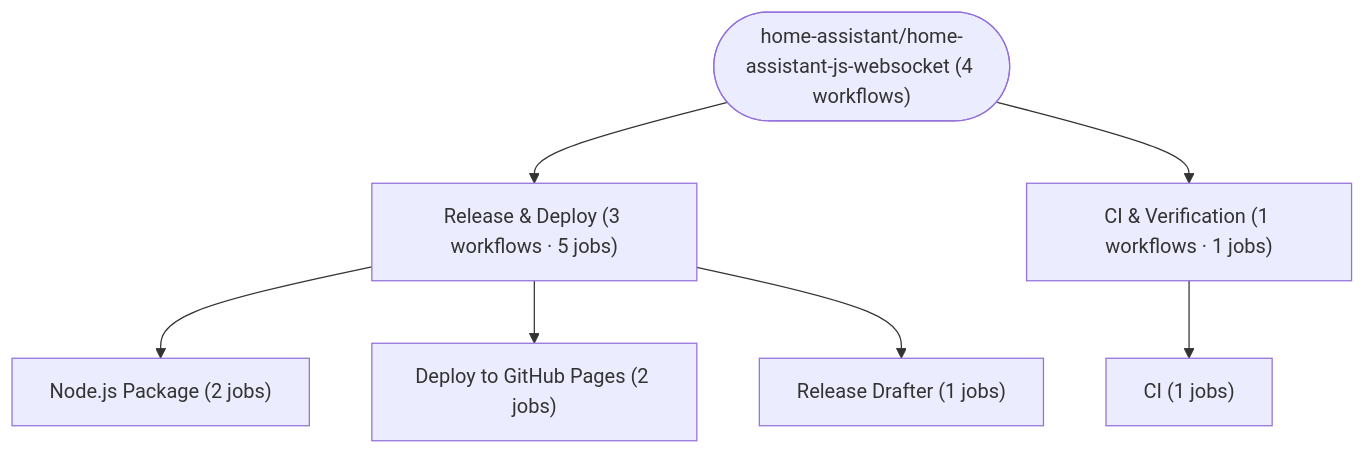
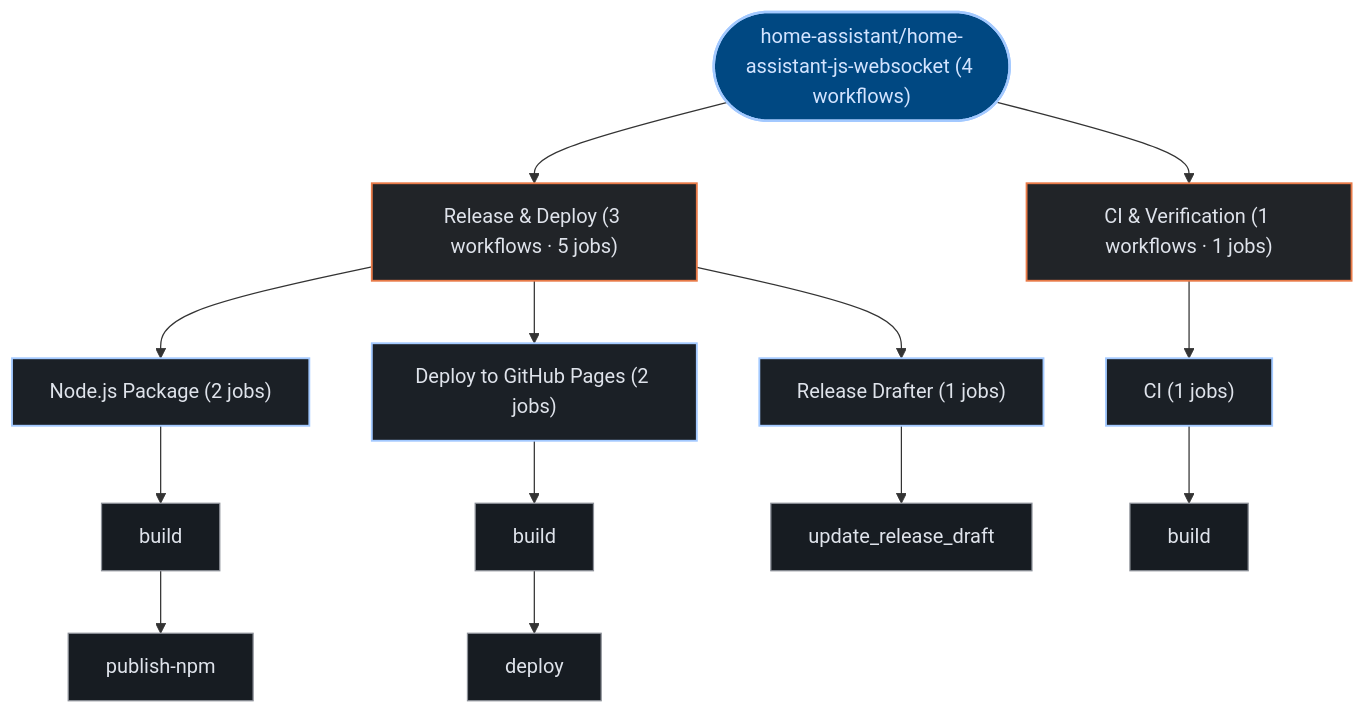
Before and after one commit to kumarshaz/atruss-code-atlas: the third of 3 diagrams in exports/latest/reports/home-assistant-home-assistant-js-websocket-report.md, drawn with Mermaid. The commit also changed other lines of this file and 331 other files, not shown here.

Commit message:
docs,ui,fix: update SDLC docs, reorder CI/CD DAG first, stylize Mermaid, and fix Arc42 pipeline topology

````diff
--- a/exports/latest/reports/home-assistant-home-assistant-js-websocket-report.md
+++ b/exports/latest/reports/home-assistant-home-assistant-js-websocket-report.md
@@ -126,16 +137,35 @@
 ```mermaid
 graph TD;
-  pipeline_root(["home-assistant/home-assistant-js-websocket (4 workflows)"])
-  grp_0_Release___Deploy["Release & Deploy (3 workflows · 5 jobs)"]
+  classDef atlasRoot fill:#004882,stroke:#a3c9ff,stroke-width:2px,color:#d3e4ff
+  classDef atlasCategory fill:#212428,stroke:#E87A48,stroke-width:1.5px,color:#dfe3eb
+  classDef atlasWorkflow fill:#1b2026,stroke:#a3c9ff,stroke-width:1.5px,color:#dfe3eb
+  classDef atlasJob fill:#171c22,stroke:#8d9199,stroke-width:1px,color:#dfe3eb
+  classDef atlasTarget fill:#005227,stroke:#8bd99b,stroke-width:1.5px,color:#a7f6b6
+  classDef atlasAlert fill:#93000a,stroke:#ffb4ab,stroke-width:1.5px,color:#ffdad6
+  classDef atlasMore fill:#252a31,stroke:#8d9199,stroke-dasharray:4 4,color:#c3c6cf
+  pipeline_root(["home-assistant/home-assistant-js-websocket (4 workflows)"]):::atlasRoot
+  grp_0_Release___Deploy["Release & Deploy (3 workflows · 5 jobs)"]:::atlasCategory
   pipeline_root --> grp_0_Release___Deploy
-  wf_1_Node_js_Package["Node.js Package (2 jobs)"]
+  wf_1_Node_js_Package["Node.js Package (2 jobs)"]:::atlasWorkflow
   grp_0_Release___Deploy --> wf_1_Node_js_Package
-  wf_2_Deploy_to_GitHub_Pages["Deploy to GitHub Pages (2 jobs)"]
+  job_1_build["build"]:::atlasJob
+  job_1_publish_npm["publish-npm"]:::atlasJob
+  wf_1_Node_js_Package --> job_1_build
+  job_1_build --> job_1_publish_npm
+  wf_2_Deploy_to_GitHub_Pages["Deploy to GitHub Pages (2 jobs)"]:::atlasWorkflow
   grp_0_Release___Deploy --> wf_2_Deploy_to_GitHub_Pages
-  wf_3_Release_Drafter["Release Drafter (1 jobs)"]
+  job_2_build["build"]:::atlasJob
+  job_2_deploy["deploy"]:::atlasJob
+  wf_2_Deploy_to_GitHub_Pages --> job_2_build
+  job_2_build --> job_2_deploy
+  wf_3_Release_Drafter["Release Drafter (1 jobs)"]:::atlasWorkflow
   grp_0_Release___Deploy --> wf_3_Release_Drafter
-  grp_1_CI___Verification["CI & Verification (1 workflows · 1 jobs)"]
+  job_3_update_release_draft["update_release_draft"]:::atlasJob
+  wf_3_Release_Drafter --> job_3_update_release_draft
+  grp_1_CI___Verification["CI & Verification (1 workflows · 1 jobs)"]:::atlasCategory
   pipeline_root --> grp_1_CI___Verification
-  wf_0_CI["CI (1 jobs)"]
+  wf_0_CI["CI (1 jobs)"]:::atlasWorkflow
   grp_1_CI___Verification --> wf_0_CI
+  job_0_build["build"]:::atlasJob
+  wf_0_CI --> job_0_build
 ```
````
